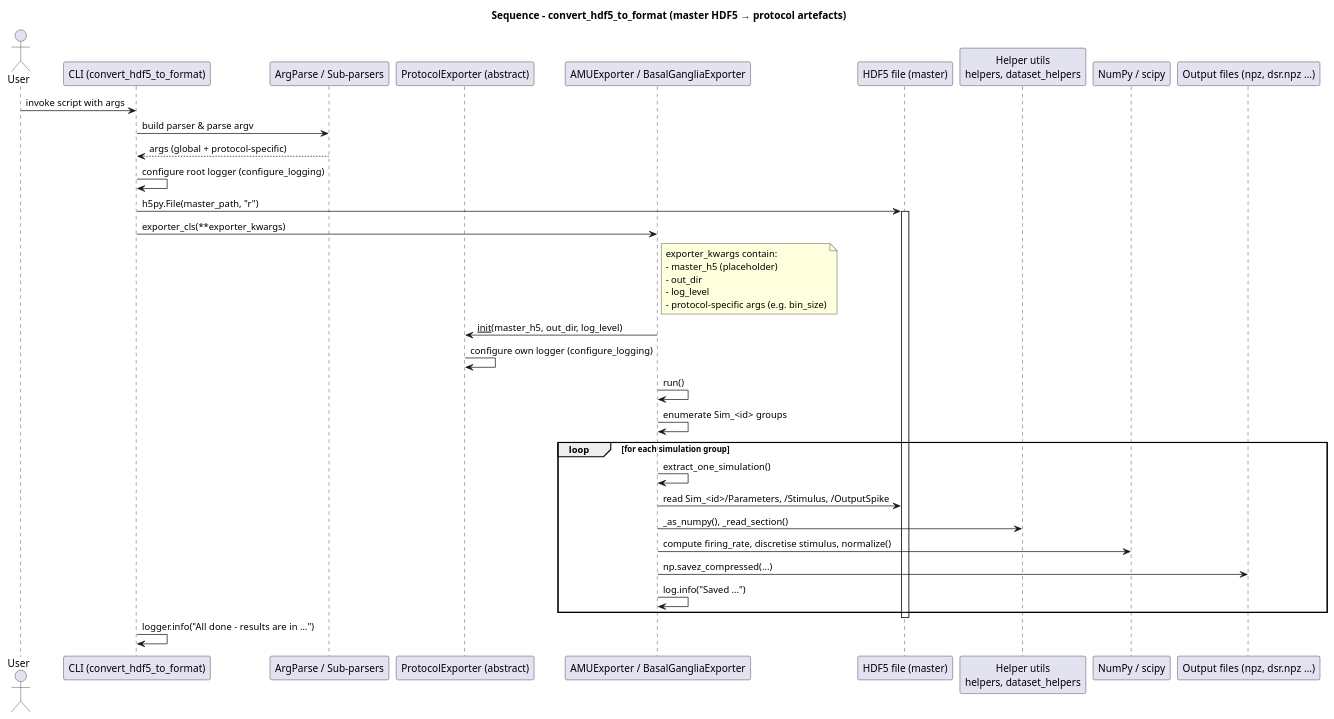
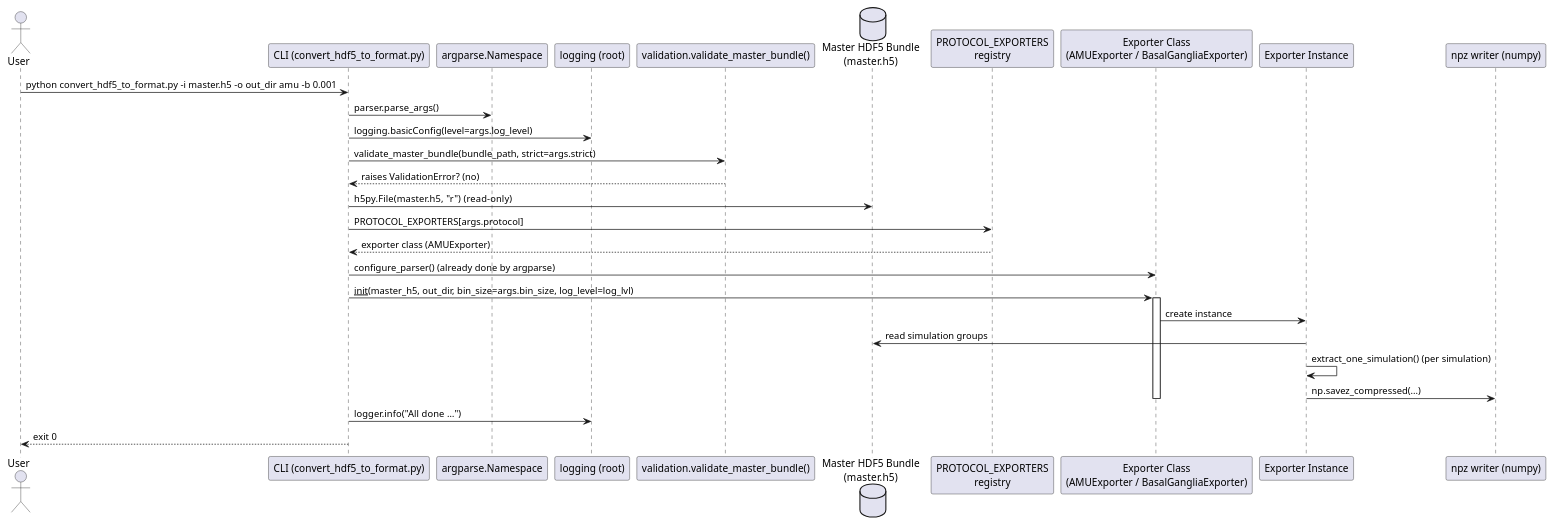
One commit to virtual-brain-twins/vbt-converter changed the diagram in docs/sd_hdf5_to_protocol_format.puml. Above: the diagram before and after it, drawn with PlantUML. The commit also changed 14 other files, not shown here.

Commit message:
docs: updated the uml diagrams as per the latest changes in schema

```diff
--- a/docs/sd_hdf5_to_protocol_format.puml
+++ b/docs/sd_hdf5_to_protocol_format.puml
@@ -1,48 +1,36 @@
-@startuml
-title Sequence – convert_hdf5_to_format (master HDF5 → protocol artefacts)
+@startuml sd_hdf5_to_protocol_format
+actor User as u
+participant "CLI (convert_hdf5_to_format.py)" as cli
+participant "argparse.Namespace" as args
+participant "logging (root)" as rootlog
+participant "validation.validate_master_bundle()" as validator
+database "Master HDF5 Bundle\n(master.h5)" as h5file
+participant "PROTOCOL_EXPORTERS\nregistry" as exporter_reg
+participant "Exporter Class\n(AMUExporter / BasalGangliaExporter)" as exporter
+participant "Exporter Instance" as exp_inst
+participant "npz writer (numpy)" as npz
 
-actor User
-participant "CLI (convert_hdf5_to_format)" as CLI
-participant "ArgParse / Sub‑parsers" as Parser
-participant "ProtocolExporter (abstract)" as BaseExp
-participant "AMUExporter / BasalGangliaExporter" as Exporter
-participant "HDF5 file (master)" as MasterH5
-participant "Helper utils\nhelpers, dataset_helpers" as Utils
-participant "NumPy / scipy" as NumPy
-participant "Output files (npz, dsr.npz …)" as OutFile
+u -> cli : python convert_hdf5_to_format.py -i master.h5 -o out_dir amu -b 0.001
+cli -> args : parser.parse_args()
+cli -> rootlog : logging.basicConfig(level=args.log_level)
 
-User -> CLI : invoke script with args
-CLI -> Parser : build parser & parse argv
-Parser --> CLI : args (global + protocol‑specific)
-CLI -> CLI : configure root logger (configure_logging)
+cli -> validator : validate_master_bundle(bundle_path, strict=args.strict)
+validator --> cli : raises ValidationError? (no)
 
-CLI -> MasterH5 : h5py.File(master_path, "r")
-activate MasterH5
+cli -> h5file : h5py.File(master.h5, "r")  (read‑only)
+cli -> exporter_reg : PROTOCOL_EXPORTERS[args.protocol]
+exporter_reg --> cli : exporter class (AMUExporter)
 
-CLI -> Exporter : exporter_cls(**exporter_kwargs)
-note right of Exporter
-  exporter_kwargs contain:
-  - master_h5 (placeholder)
-  - out_dir
-  - log_level
-  - protocol‑specific args (e.g. bin_size)
-end note
+cli -> exporter : configure_parser() (already done by argparse)
 
-Exporter -> BaseExp : __init__(master_h5, out_dir, log_level)
-BaseExp -> BaseExp : configure own logger (configure_logging)
+cli -> exporter : __init__(master_h5, out_dir, bin_size=args.bin_size, log_level=log_lvl)
+activate exporter
+exporter -> exp_inst : create instance
+exp_inst -> h5file : read simulation groups
+exp_inst -> exp_inst : extract_one_simulation() (per simulation)
+exp_inst -> npz : np.savez_compressed(...)
+deactivate exporter
 
-Exporter -> Exporter : run()
-Exporter -> Exporter : enumerate Sim_<id> groups
-loop for each simulation group
-    Exporter -> Exporter : extract_one_simulation()
-    Exporter -> MasterH5 : read Sim_<id>/Parameters, /Stimulus, /OutputSpike
-    Exporter -> Utils : _as_numpy(), _read_section()
-    Exporter -> NumPy : compute firing_rate, discretise stimulus, normalize()
-    Exporter -> OutFile : np.savez_compressed(...)
-
-    Exporter -> Exporter : log.info("Saved …")
-end
-
-deactivate MasterH5
-CLI -> CLI : logger.info("All done – results are in …")
+cli -> rootlog : logger.info("All done …")
+cli --> u : exit 0
 @enduml
```
